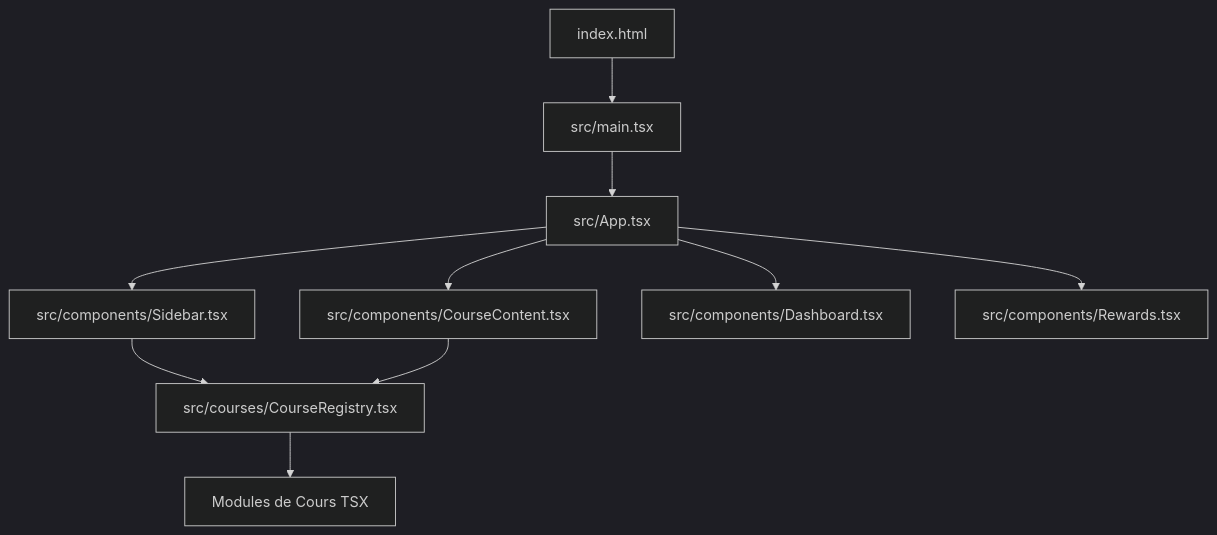
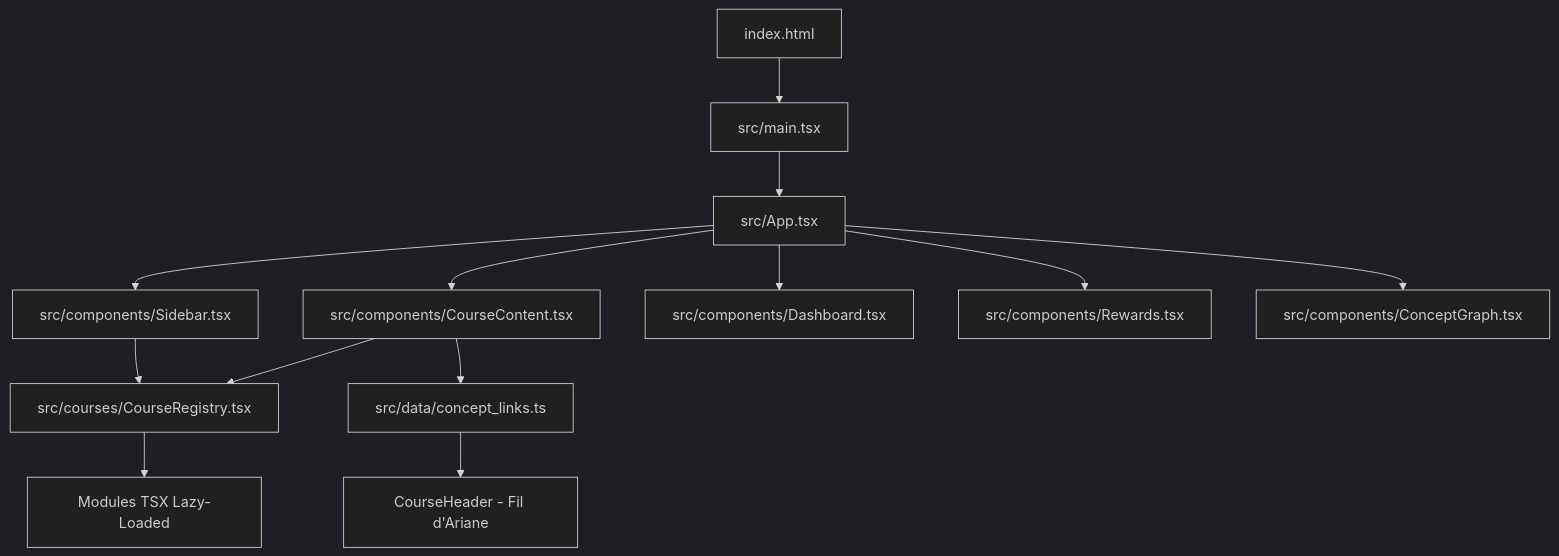
The diagram in readme-dev.md (Hylst/guide-maths), drawn with Mermaid (dark theme) before and after one commit. The commit also changed other lines of this file and 3 other files, not shown here.

````diff
--- a/readme-dev.md
+++ b/readme-dev.md
@@ -11,12 +11,15 @@
 ```mermaid
 graph TD
     A[index.html] --> B[src/main.tsx]
     B --> C[src/App.tsx]
     C --> D[src/components/Sidebar.tsx]
     C --> E[src/components/CourseContent.tsx]
     C --> F[src/components/Dashboard.tsx]
     C --> G[src/components/Rewards.tsx]
-    D --> H[src/courses/CourseRegistry.tsx]
-    E --> H
-    H --> I[Modules de Cours TSX]
+    C --> H[src/components/ConceptGraph.tsx]
+    D --> I[src/courses/CourseRegistry.tsx]
+    E --> I
+    E --> J[src/data/concept_links.ts]
+    I --> K[Modules TSX Lazy-Loaded]
+    J --> L[CourseHeader - Fil d'Ariane]
 ```
````
